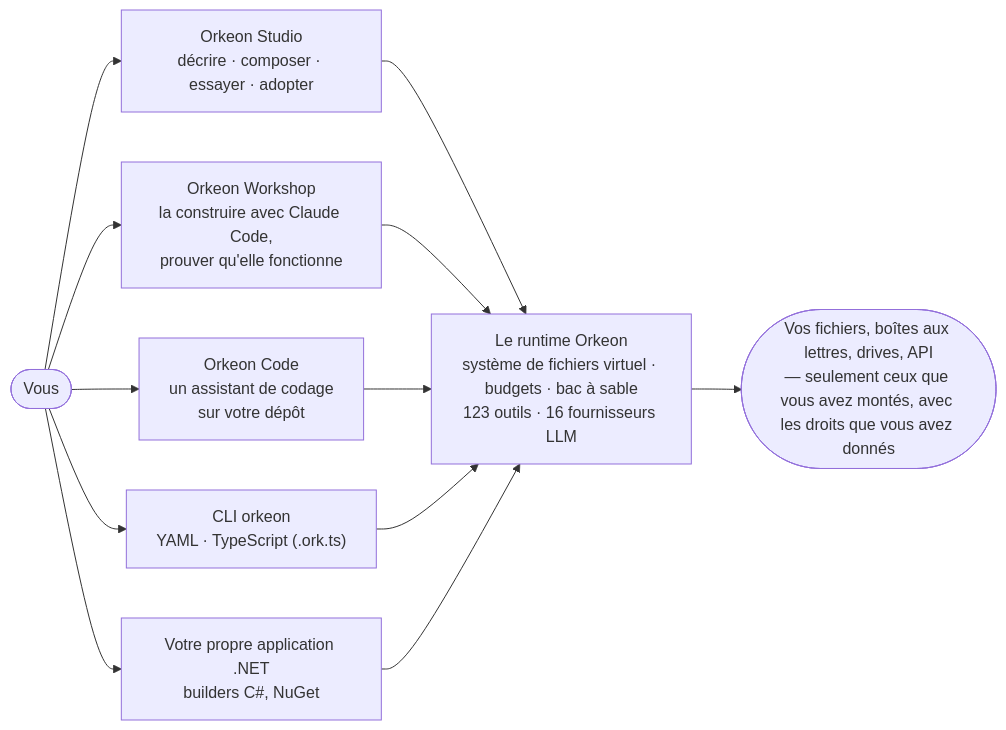
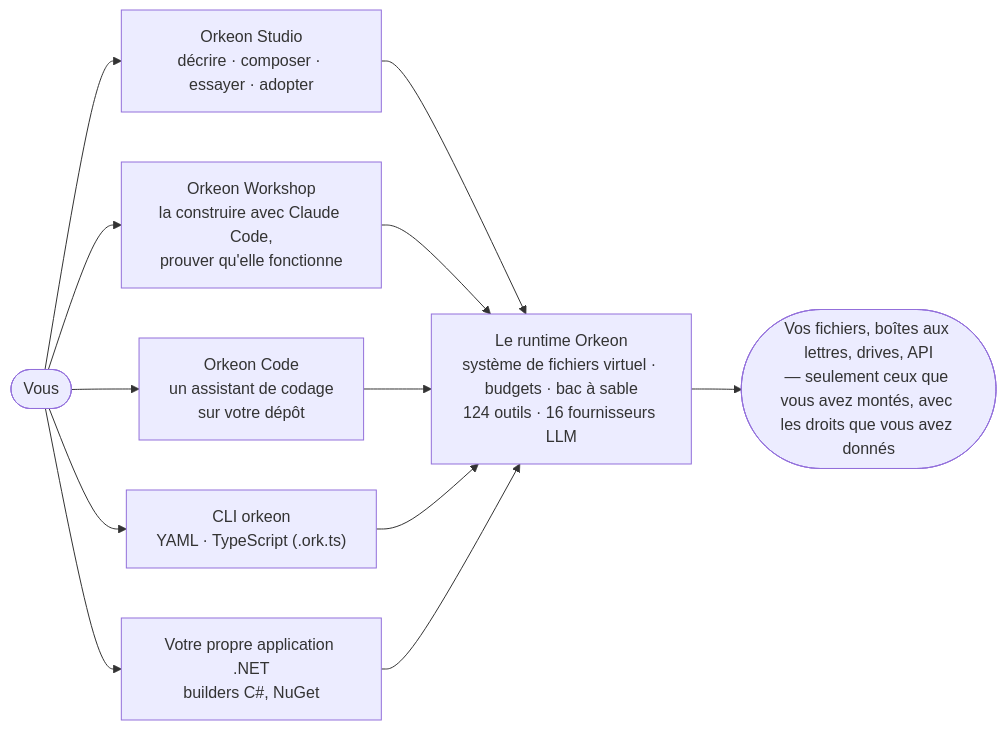
The diagram in README.fr.md (Orkeon/orkeon), drawn with Mermaid before and after one commit. The commit also changed other lines of this file and 31 other files, not shown here.

````diff
--- a/README.fr.md
+++ b/README.fr.md
@@ -30,10 +30,10 @@
 ```mermaid
 flowchart LR
     you(["Vous"]) --> studio["Orkeon Studio<br/>décrire · composer · essayer · adopter"]
     you --> workshop["Orkeon Workshop<br/>la construire avec Claude Code,<br/>prouver qu'elle fonctionne"]
     you --> code["Orkeon Code<br/>un assistant de codage<br/>sur votre dépôt"]
     you --> cli["CLI orkeon<br/>YAML · TypeScript (.ork.ts)"]
     you --> app["Votre propre application .NET<br/>builders C#, NuGet"]
-    studio & workshop & code & cli & app --> runtime["Le runtime Orkeon<br/>système de fichiers virtuel · budgets · bac à sable<br/>123 outils · 16 fournisseurs LLM"]
+    studio & workshop & code & cli & app --> runtime["Le runtime Orkeon<br/>système de fichiers virtuel · budgets · bac à sable<br/>124 outils · 16 fournisseurs LLM"]
     runtime --> world(["Vos fichiers, boîtes aux lettres, drives, API<br/>— seulement ceux que vous avez montés, avec les droits que vous avez donnés"])
 ```
````
